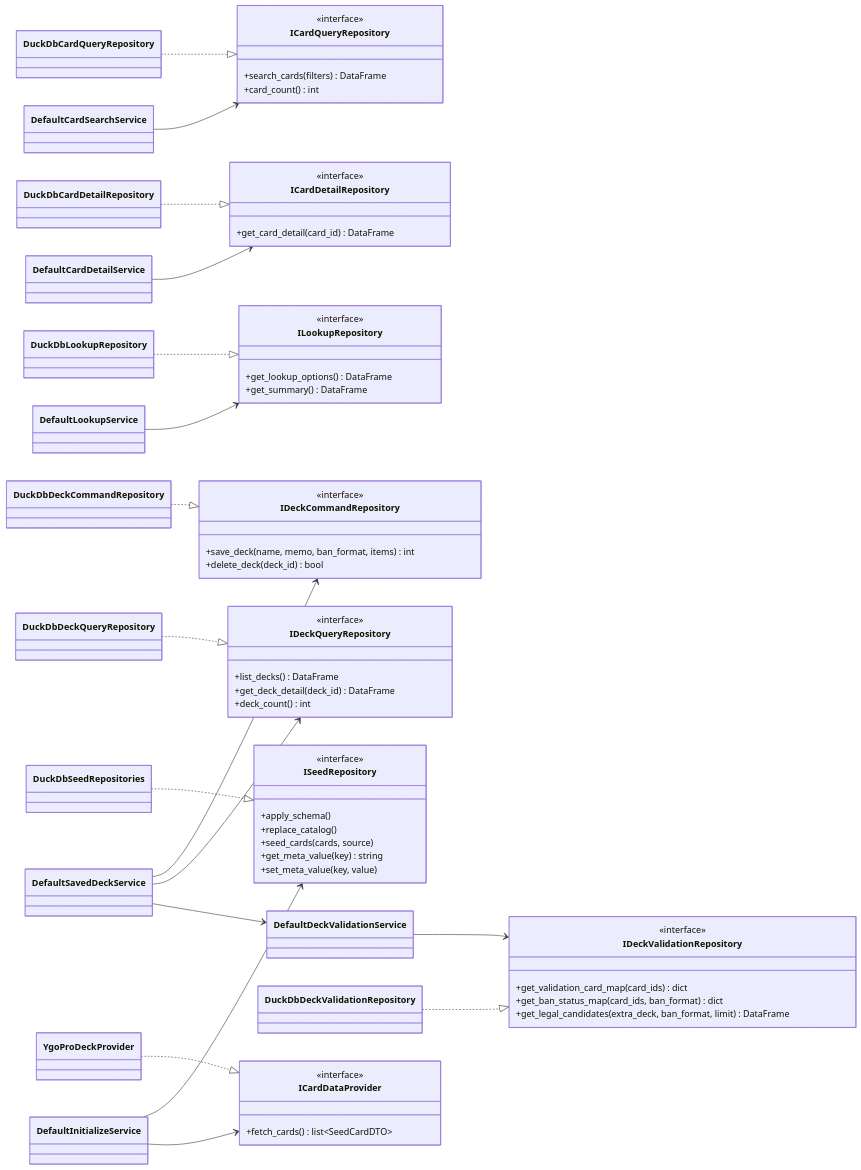
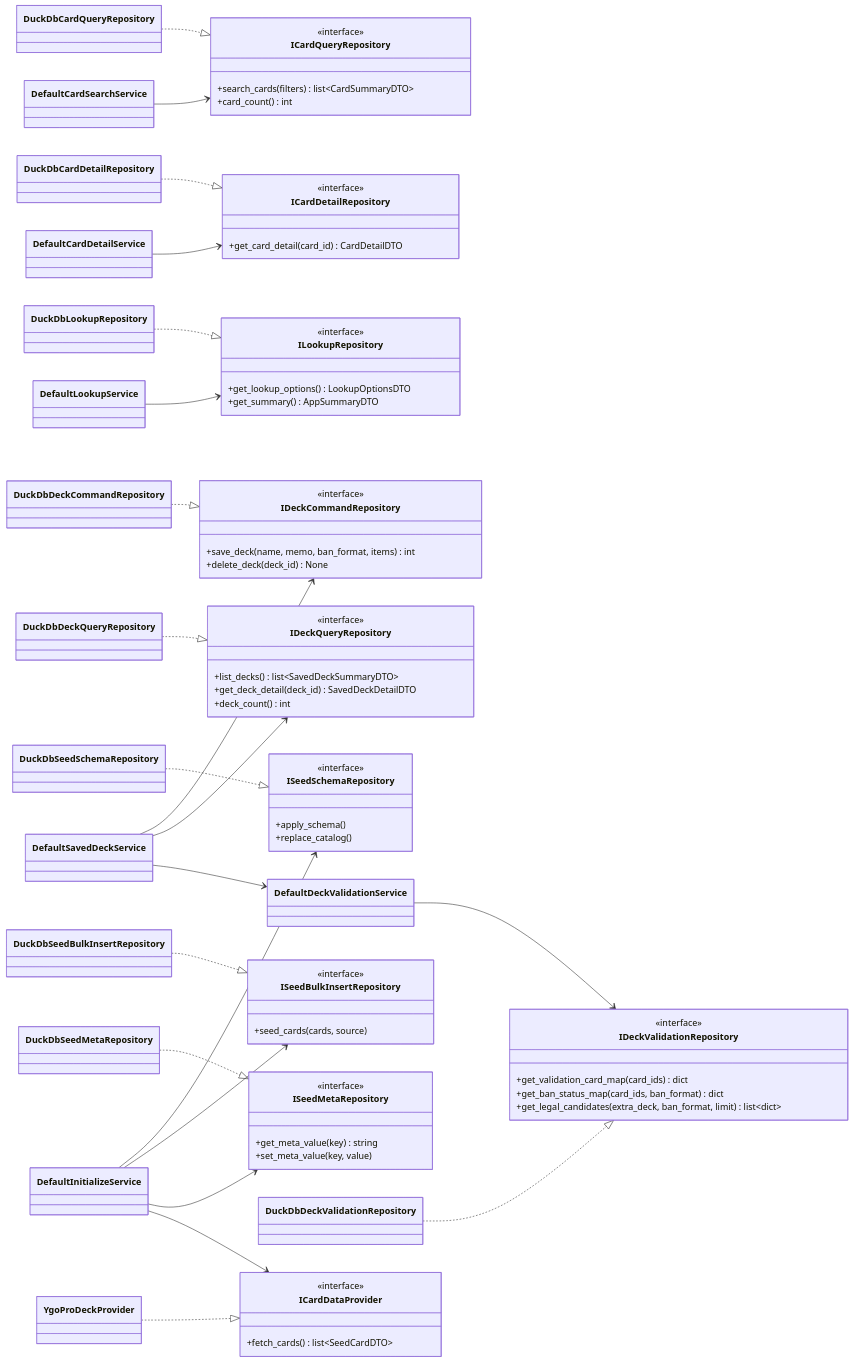
One commit to jsh42672/db_02_duckdb changed the diagram in docs/mermaid/03_repository_class.mmd. Above: the diagram before and after it, drawn with Mermaid. The commit also changed 47 other files, not shown here.

```diff
--- a/docs/mermaid/03_repository_class.mmd
+++ b/docs/mermaid/03_repository_class.mmd
@@ -1,88 +1,102 @@
 classDiagram
     direction LR
 
     class ICardQueryRepository {
         <<interface>>
-        +search_cards(filters) DataFrame
+        +search_cards(filters) list~CardSummaryDTO~
         +card_count() int
     }
 
     class ICardDetailRepository {
         <<interface>>
-        +get_card_detail(card_id) DataFrame
+        +get_card_detail(card_id) CardDetailDTO
     }
 
     class ILookupRepository {
         <<interface>>
-        +get_lookup_options() DataFrame
-        +get_summary() DataFrame
+        +get_lookup_options() LookupOptionsDTO
+        +get_summary() AppSummaryDTO
     }
 
     class IDeckCommandRepository {
         <<interface>>
         +save_deck(name, memo, ban_format, items) int
-        +delete_deck(deck_id) bool
+        +delete_deck(deck_id) None
     }
 
     class IDeckQueryRepository {
         <<interface>>
-        +list_decks() DataFrame
-        +get_deck_detail(deck_id) DataFrame
+        +list_decks() list~SavedDeckSummaryDTO~
+        +get_deck_detail(deck_id) SavedDeckDetailDTO
         +deck_count() int
     }
 
     class IDeckValidationRepository {
         <<interface>>
         +get_validation_card_map(card_ids) dict
         +get_ban_status_map(card_ids, ban_format) dict
-        +get_legal_candidates(extra_deck, ban_format, limit) DataFrame
+        +get_legal_candidates(extra_deck, ban_format, limit) list~dict~
     }
 
-    class ISeedRepository {
+    class ISeedSchemaRepository {
         <<interface>>
         +apply_schema()
         +replace_catalog()
+    }
+
+    class ISeedBulkInsertRepository {
+        <<interface>>
         +seed_cards(cards, source)
+    }
+
+    class ISeedMetaRepository {
+        <<interface>>
         +get_meta_value(key) string
         +set_meta_value(key, value)
     }
 
     class ICardDataProvider {
         <<interface>>
         +fetch_cards() list~SeedCardDTO~
     }
 
     class DuckDbCardQueryRepository
     class DuckDbCardDetailRepository
     class DuckDbLookupRepository
     class DuckDbDeckCommandRepository
     class DuckDbDeckQueryRepository
     class DuckDbDeckValidationRepository
-    class DuckDbSeedRepositories
+    class DuckDbSeedSchemaRepository
+    class DuckDbSeedBulkInsertRepository
+    class DuckDbSeedMetaRepository
     class YgoProDeckProvider
 
     class DefaultCardSearchService
     class DefaultCardDetailService
     class DefaultLookupService
     class DefaultDeckValidationService
     class DefaultSavedDeckService
     class DefaultInitializeService
 
     DuckDbCardQueryRepository ..|> ICardQueryRepository
     DuckDbCardDetailRepository ..|> ICardDetailRepository
     DuckDbLookupRepository ..|> ILookupRepository
     DuckDbDeckCommandRepository ..|> IDeckCommandRepository
     DuckDbDeckQueryRepository ..|> IDeckQueryRepository
     DuckDbDeckValidationRepository ..|> IDeckValidationRepository
-    DuckDbSeedRepositories ..|> ISeedRepository
+    DuckDbSeedSchemaRepository ..|> ISeedSchemaRepository
+    DuckDbSeedBulkInsertRepository ..|> ISeedBulkInsertRepository
+    DuckDbSeedMetaRepository ..|> ISeedMetaRepository
     YgoProDeckProvider ..|> ICardDataProvider
 
     DefaultCardSearchService --> ICardQueryRepository
     DefaultCardDetailService --> ICardDetailRepository
     DefaultLookupService --> ILookupRepository
     DefaultDeckValidationService --> IDeckValidationRepository
     DefaultSavedDeckService --> IDeckCommandRepository
     DefaultSavedDeckService --> IDeckQueryRepository
     DefaultSavedDeckService --> DefaultDeckValidationService
-    DefaultInitializeService --> ISeedRepository
+    DefaultInitializeService --> ISeedSchemaRepository
+    DefaultInitializeService --> ISeedBulkInsertRepository
+    DefaultInitializeService --> ISeedMetaRepository
     DefaultInitializeService --> ICardDataProvider
```
